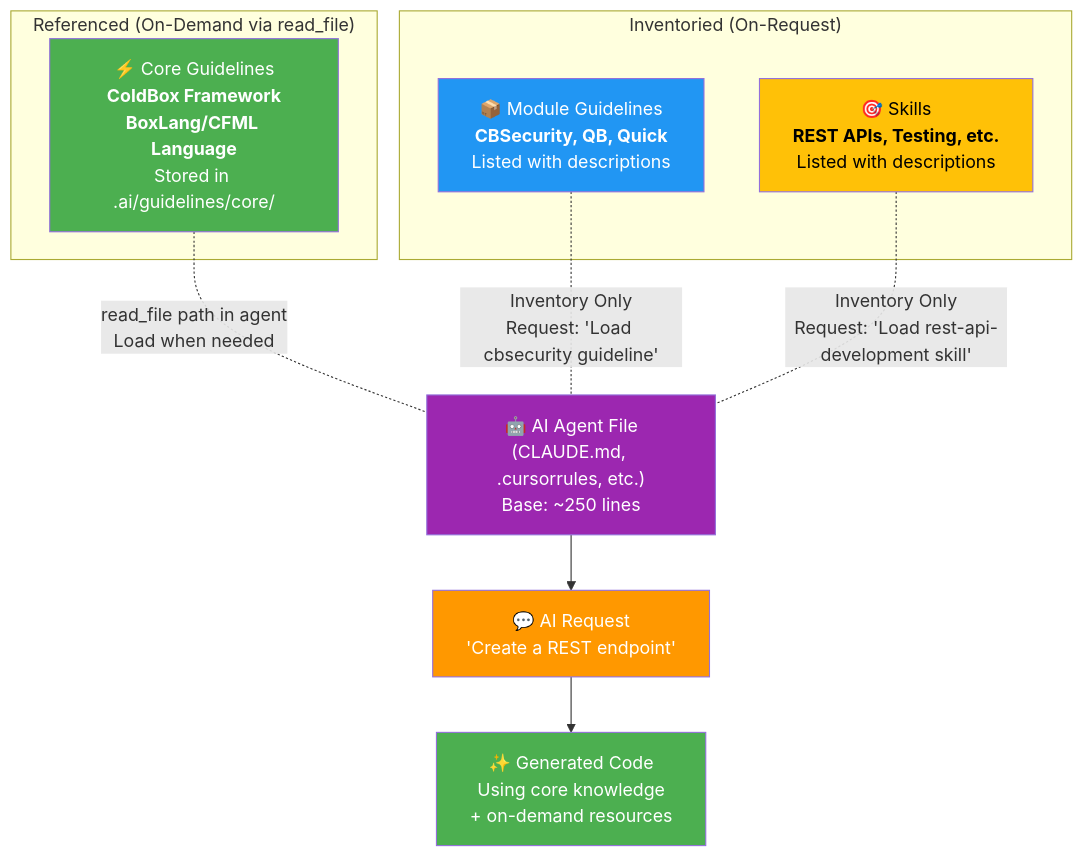
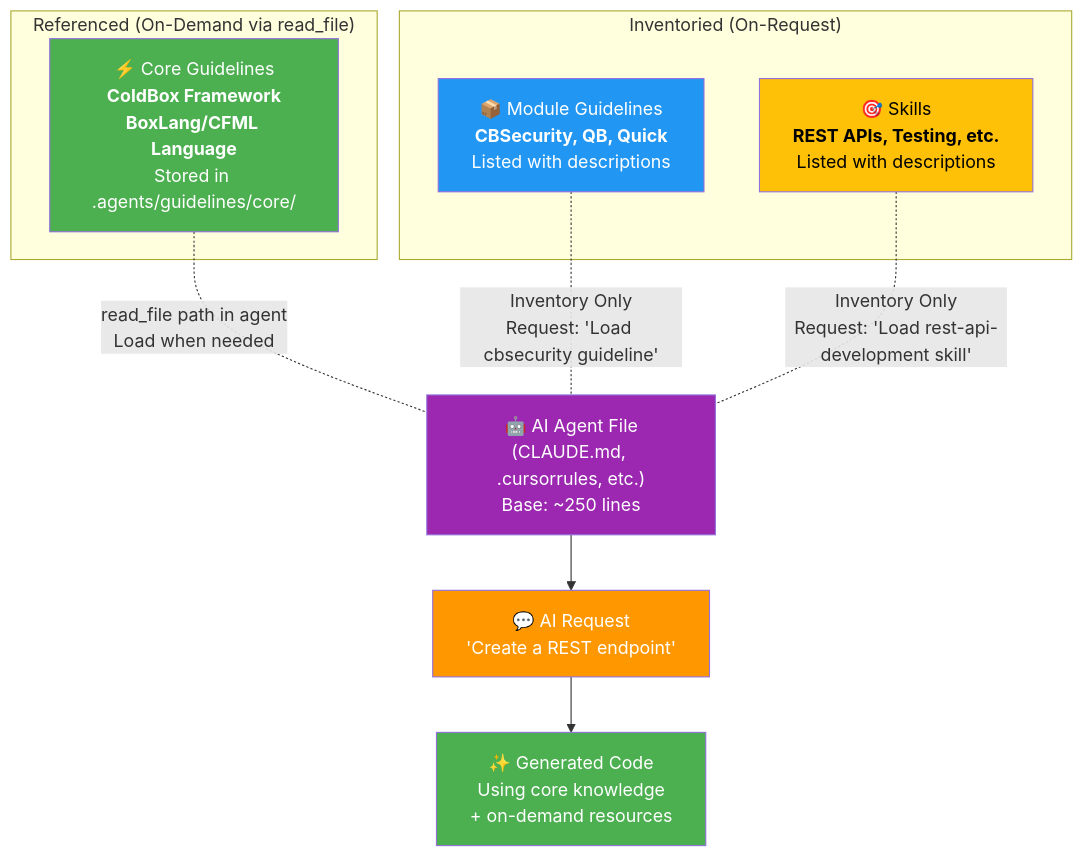
One commit to ColdBox/coldbox-cli changed the fourth of 8 diagrams in AI_INTEGRATION.md. Above: the diagram before and after it, drawn with Mermaid. The commit also changed other lines of this file and 15 other files, not shown here.

````diff
--- a/AI_INTEGRATION.md
+++ b/AI_INTEGRATION.md
@@ -287,27 +287,27 @@
 ```mermaid
 flowchart TB
     subgraph "Referenced (On-Demand via read_file)"
-        CoreG["⚡ Core Guidelines<br/><b>ColdBox Framework</b><br/><b>BoxLang/CFML Language</b><br/>Stored in .ai/guidelines/core/"]
+        CoreG["⚡ Core Guidelines<br/><b>ColdBox Framework</b><br/><b>BoxLang/CFML Language</b><br/>Stored in .agents/guidelines/core/"]
     end
 
     subgraph "Inventoried (On-Request)"
         ModuleG["📦 Module Guidelines<br/><b>CBSecurity, QB, Quick</b><br/>Listed with descriptions"]
         Skills["🎯 Skills<br/><b>REST APIs, Testing, etc.</b><br/>Listed with descriptions"]
     end
 
     AgentFile["🤖 AI Agent File<br/>(CLAUDE.md, .cursorrules, etc.)<br/>Base: ~250 lines"]
 
     CoreG -.-|"read_file path in agent<br/>Load when needed"| AgentFile
     ModuleG -.-|"Inventory Only<br/>Request: 'Load cbsecurity guideline'"| AgentFile
     Skills -.-|"Inventory Only<br/>Request: 'Load rest-api-development skill'"| AgentFile
 
     AgentFile --> Request["💬 AI Request<br/>'Create a REST endpoint'"]
     Request --> Response["✨ Generated Code<br/>Using core knowledge<br/>+ on-demand resources"]
 
     style CoreG fill:#4caf50,color:#fff
     style ModuleG fill:#2196f3,color:#fff
     style Skills fill:#ffc107,color:#000
     style AgentFile fill:#9c27b0,color:#fff
     style Request fill:#ff9800,color:#fff
     style Response fill:#4caf50,color:#fff
 ```
````
